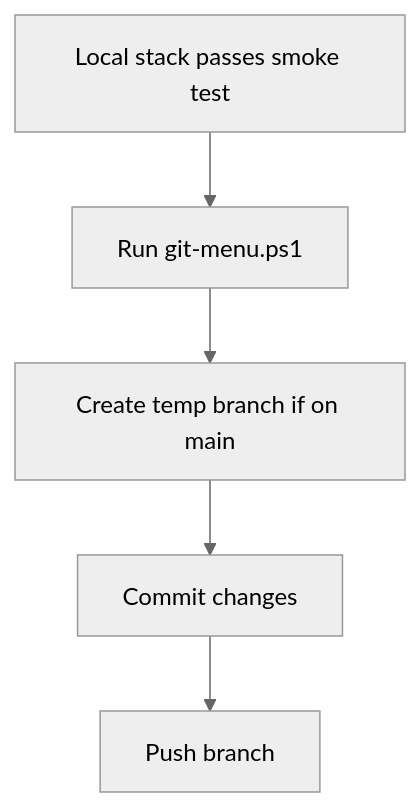
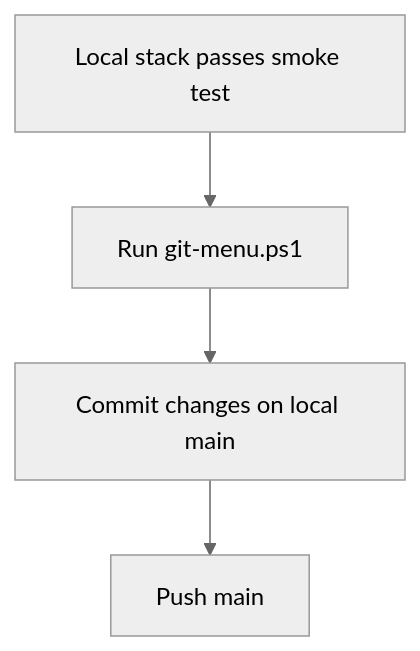
One commit to swinneyj/soc-plaform changed the fourth of 4 diagrams in docs/GIT_VISUAL_MAP.md. Above: the diagram before and after it, drawn with Mermaid (neutral theme). The commit also changed other lines of this file and 6 other files, not shown here.

````diff
--- a/docs/GIT_VISUAL_MAP.md
+++ b/docs/GIT_VISUAL_MAP.md
@@ -64,7 +61,6 @@
 ```mermaid
 flowchart TD
     A[Local stack passes smoke test] --> B[Run git-menu.ps1]
-    B --> C[Create temp branch if on main]
-    C --> D[Commit changes]
-    D --> E[Push branch]
+    B --> C[Commit changes on local main]
+    C --> D[Push main]
 ```
````
